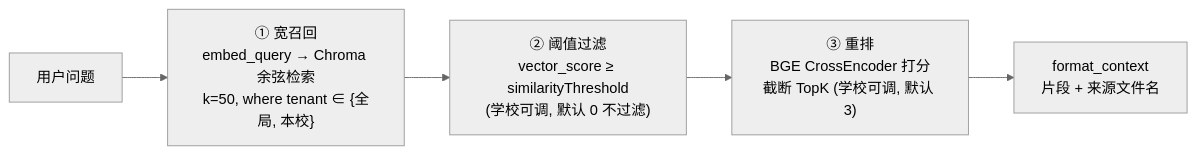
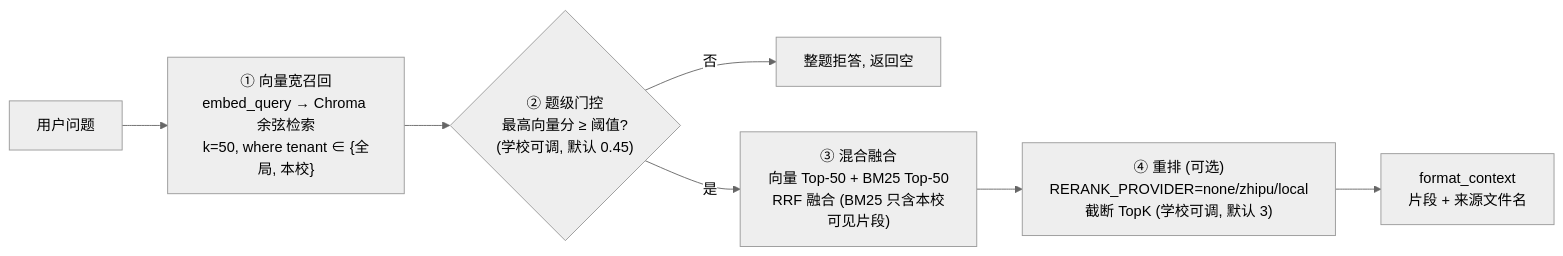
Before and after one commit to tl307440-boop/smart_campus: the fifth of 8 diagrams in docs/技术框架与答辩知识库.md, drawn with Mermaid (neutral theme). The commit also changed other lines of this file and 23 other files, not shown here.

````diff
--- a/docs/技术框架与答辩知识库.md
+++ b/docs/技术框架与答辩知识库.md
@@ -364,7 +365,9 @@
 ```mermaid
 flowchart LR
-  Q[用户问题] --> A["① 宽召回<br/>embed_query → Chroma 余弦检索<br/>k=50, where tenant ∈ {全局, 本校}"]
-  A --> B["② 阈值过滤<br/>vector_score ≥ similarityThreshold<br/>(学校可调, 默认 0 不过滤)"]
-  B --> C["③ 重排<br/>BGE CrossEncoder 打分<br/>截断 TopK (学校可调, 默认 3)"]
+  Q[用户问题] --> A["① 向量宽召回<br/>embed_query → Chroma 余弦检索<br/>k=50, where tenant ∈ {全局, 本校}"]
+  A --> B{"② 题级门控<br/>最高向量分 ≥ 阈值?<br/>(学校可调, 默认 0.45)"}
+  B -- 否 --> X[整题拒答, 返回空]
+  B -- 是 --> M["③ 混合融合<br/>向量 Top-50 + BM25 Top-50<br/>RRF 融合 (BM25 只含本校可见片段)"]
+  M --> C["④ 重排 (可选)<br/>RERANK_PROVIDER=none/zhipu/local<br/>截断 TopK (学校可调, 默认 3)"]
   C --> D[format_context<br/>片段 + 来源文件名]
 ```
````
